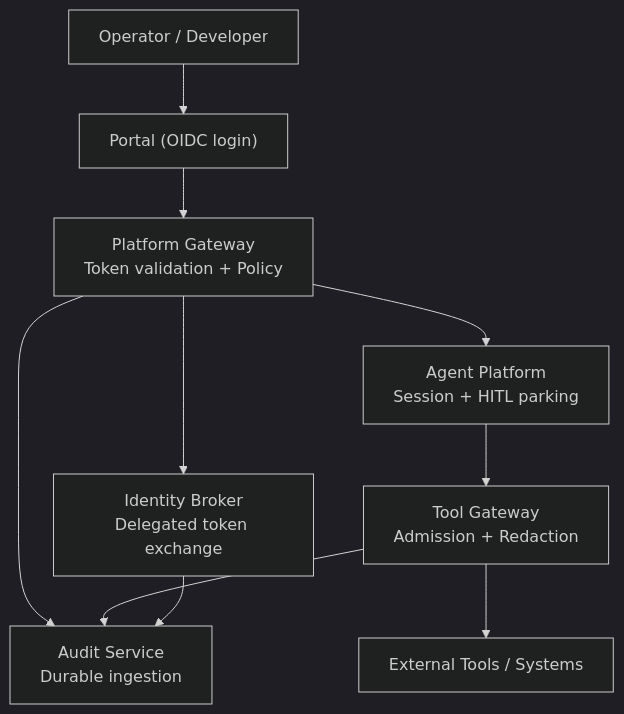
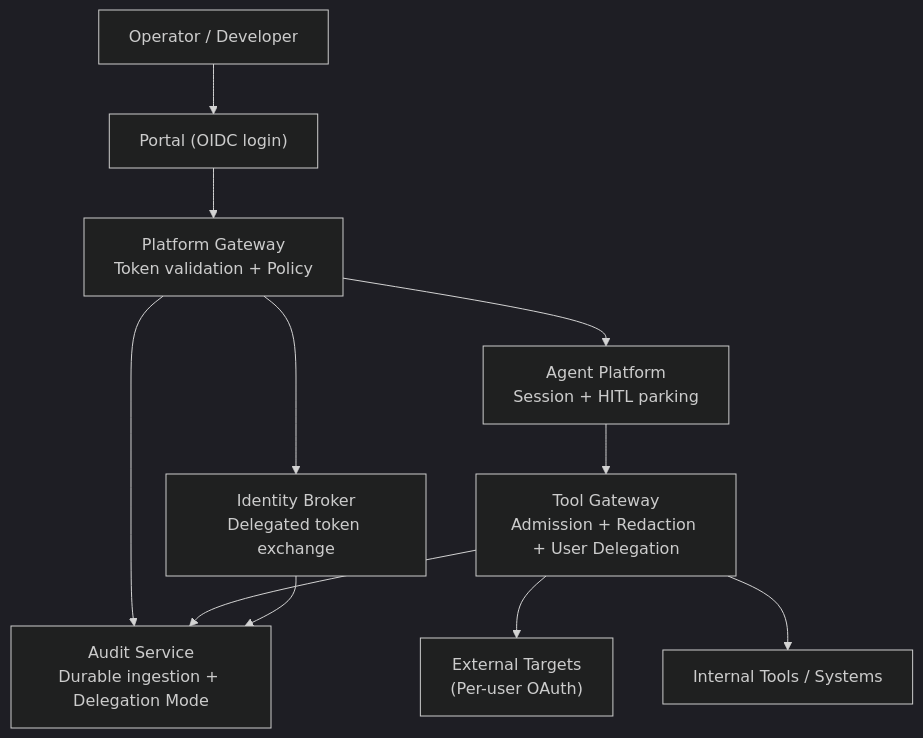
One commit to metasync/luban-aiops changed the first of 12 diagrams in .qoder/repowiki/en/content/Security and Authorization/Security and Authorization.md. Above: the diagram before and after it, drawn with Mermaid (dark theme). The commit also changed other lines of this file and 215 other files, not shown here.

````diff
--- a/.qoder/repowiki/en/content/Security and Authorization/Security and Authorization.md
+++ b/.qoder/repowiki/en/content/Security and Authorization/Security and Authorization.md
@@ -55,12 +67,13 @@
 ```mermaid
 graph TB
 User["Operator / Developer"] --> Portal["Portal (OIDC login)"]
 Portal --> Gateway["Platform Gateway<br/>Token validation + Policy"]
 Gateway --> Broker["Identity Broker<br/>Delegated token exchange"]
 Gateway --> Agent["Agent Platform<br/>Session + HITL parking"]
-Agent --> ToolGW["Tool Gateway<br/>Admission + Redaction"]
-ToolGW --> Tools["External Tools / Systems"]
-Gateway --> Audit["Audit Service<br/>Durable ingestion"]
+Agent --> ToolGW["Tool Gateway<br/>Admission + Redaction + User Delegation"]
+ToolGW --> ExternalTargets["External Targets<br/>(Per-user OAuth)"]
+ToolGW --> Tools["Internal Tools / Systems"]
+Gateway --> Audit["Audit Service<br/>Durable ingestion + Delegation Mode"]
 ToolGW --> Audit
 Broker --> Audit
 ```
````
